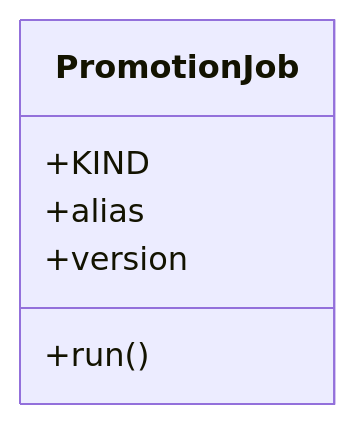
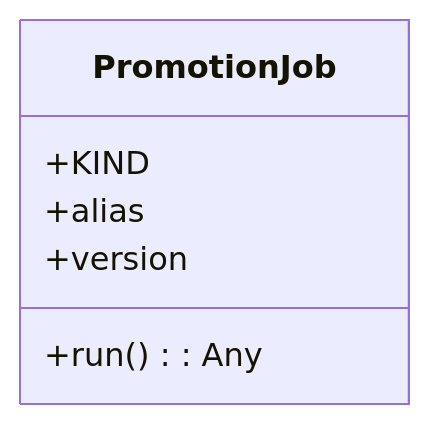
One commit to lgcorzo/mlops-python-package changed the first of 2 diagrams in wiki/promotion.md. Above: the diagram before and after it, drawn with Mermaid. The commit also changed other lines of this file and 31 other files, not shown here.

````diff
--- a/wiki/promotion.md
+++ b/wiki/promotion.md
@@ -16,9 +16,9 @@
 ```mermaid
 classDiagram
     class PromotionJob {
         +KIND
         +alias
         +version
-        +run()
+        +run() : Any
     }
 ```
````
